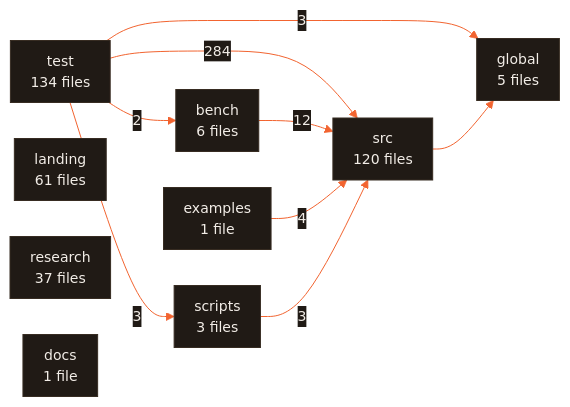
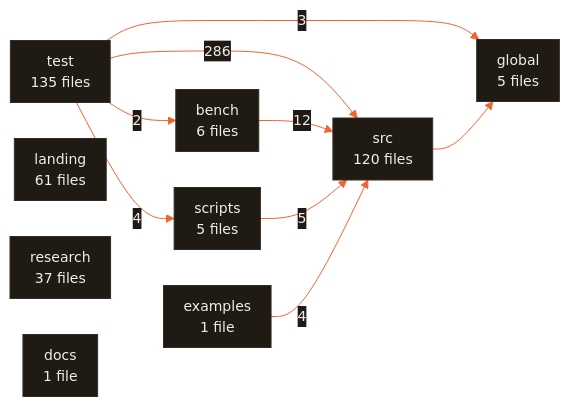
The diagram in ARCHITECTURE.md (CodeWithJuber/forgekit), drawn with Mermaid before and after one commit. The commit also changed other lines of this file and 79 other files, not shown here.

````diff
--- a/ARCHITECTURE.md
+++ b/ARCHITECTURE.md
@@ -677,21 +637,21 @@
 ```mermaid
 %%{init: {'theme':'base','themeVariables':{'primaryColor':'#201a15','primaryTextColor':'#f2ede7','primaryBorderColor':'#372c22','lineColor':'#f26430','secondaryColor':'#272019','tertiaryColor':'#171310','edgeLabelBackground':'#201a15','clusterBkg':'#171310','clusterBorder':'#4a3b2e','fontFamily':'ui-sans-serif, system-ui, sans-serif','fontSize':'14px'},'flowchart':{'curve':'basis','padding':10,'nodeSpacing':36,'rankSpacing':44}}}%%
 flowchart LR
-  test["test<br/>134 files"]
+  test["test<br/>135 files"]
   src["src<br/>120 files"]
   landing["landing<br/>61 files"]
   research["research<br/>37 files"]
   bench["bench<br/>6 files"]
   global["global<br/>5 files"]
-  scripts["scripts<br/>3 files"]
+  scripts["scripts<br/>5 files"]
   docs["docs<br/>1 file"]
   examples["examples<br/>1 file"]
-  test -- 284 --> src
+  test -- 286 --> src
   bench -- 12 --> src
+  scripts -- 5 --> src
   examples -- 4 --> src
-  scripts -- 3 --> src
+  test -- 4 --> scripts
   test -- 3 --> global
-  test -- 3 --> scripts
   test -- 2 --> bench
   src --> global
 ```
````
